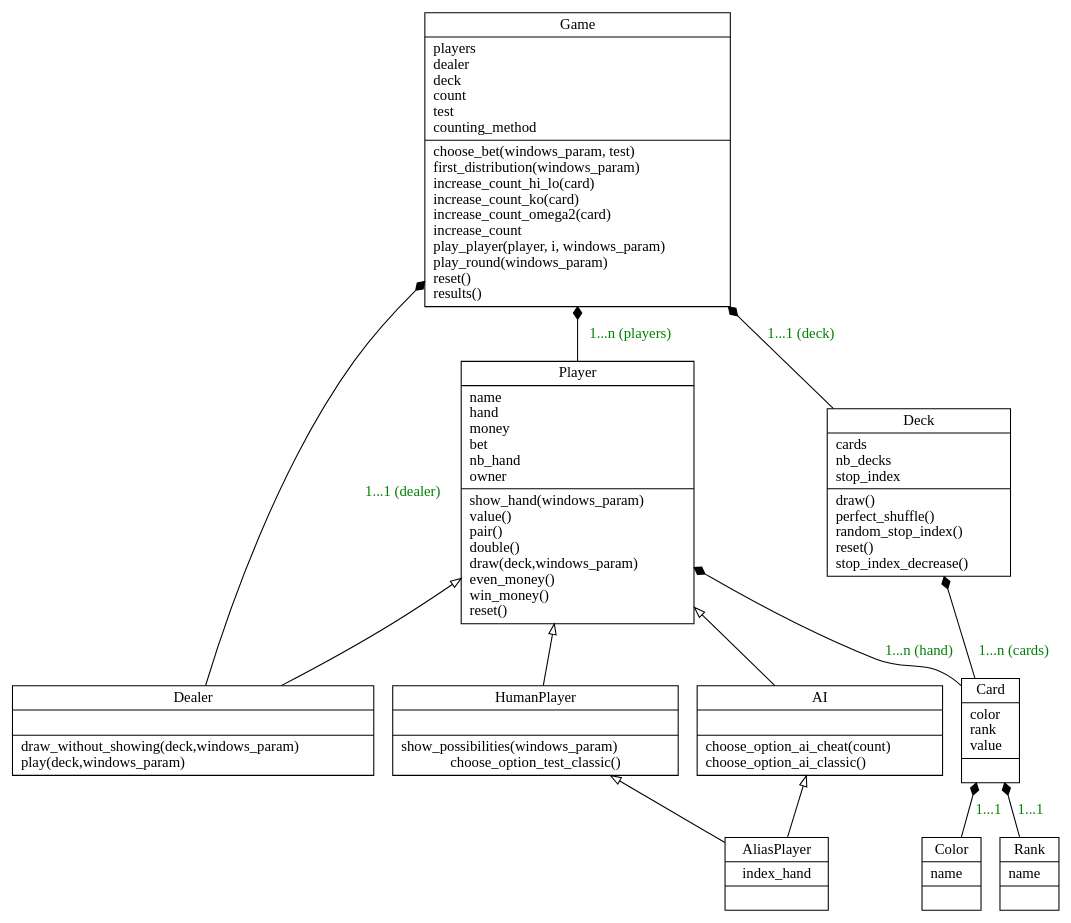
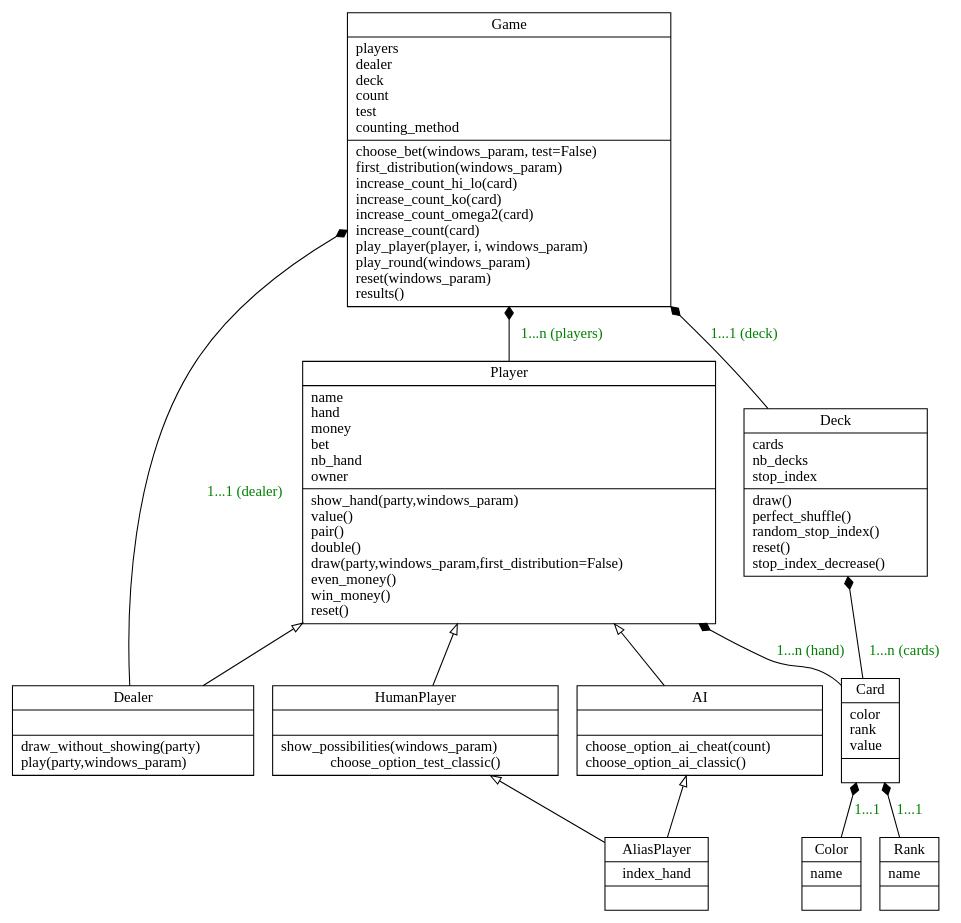
One commit to arthurbr11/Blackjack changed the diagram in UML/class_diagrams_for_game.dot. Above: the diagram before and after it, drawn with Graphviz. The commit also changed 4 other files, not shown here.

Commit message:
diagram modification

```diff
--- a/UML/class_diagrams_for_game.dot
+++ b/UML/class_diagrams_for_game.dot
@@ -1,37 +1,37 @@
 digraph "classes" {
 charset="utf-8"
 rankdir=BT
-"0" [label="{Game|players\ldealer\ldeck\lcount\ltest\lcounting_method\l|choose_bet(windows_param, test)\lfirst_distribution(windows_param)\lincrease_count_hi_lo(card)\lincrease_count_ko(card)\lincrease_count_omega2(card)\lincrease_count\lplay_player(player, i, windows_param)\lplay_round(windows_param)\lreset()\lresults()\l}", shape="record"];
+"0" [label="{Game|players\ldealer\ldeck\lcount\ltest\lcounting_method\l|choose_bet(windows_param, test=False)\lfirst_distribution(windows_param)\lincrease_count_hi_lo(card)\lincrease_count_ko(card)\lincrease_count_omega2(card)\lincrease_count(card)\lplay_player(player, i, windows_param)\lplay_round(windows_param)\lreset(windows_param)\lresults()\l}", shape="record"];
 
 "1" [label="{Deck|cards\lnb_decks\lstop_index\l|draw()\lperfect_shuffle()\lrandom_stop_index()\lreset()\lstop_index_decrease()\l}", shape="record"];
 "2" [label="{Card|color\lrank\lvalue\l|}", shape="record"];
 "3" [label="{Color|name\l|}", shape="record"];
 "4" [label="{Rank|name\l|}", shape="record"];
 
-"5" [label="{Player|name\lhand\lmoney\lbet\lnb_hand\lowner\l|show_hand(windows_param)\lvalue()\lpair()\ldouble()\ldraw(deck,windows_param)\leven_money()\lwin_money()\lreset()\l}", shape="record"];
-"6" [label="{Dealer|\l|draw_without_showing(deck,windows_param)\lplay(deck,windows_param)\l}", shape="record"];
+"5" [label="{Player|name\lhand\lmoney\lbet\lnb_hand\lowner\l|show_hand(party,windows_param)\lvalue()\lpair()\ldouble()\ldraw(party,windows_param,first_distribution=False)\leven_money()\lwin_money()\lreset()\l}", shape="record"];
+"6" [label="{Dealer|\l|draw_without_showing(party)\lplay(party,windows_param)\l}", shape="record"];
 "7" [label="{HumanPlayer|\l|show_possibilities(windows_param)\lchoose_option_test_classic()}", shape="record"];
 "8" [label="{AI|\l|choose_option_ai_cheat(count)\lchoose_option_ai_classic()\l}", shape="record"];
 "9" [label="{AliasPlayer|index_hand|}", shape="record"];
 
 
 
 
 "8" -> "5" [arrowhead="empty", arrowtail="none"];
 "6" -> "5" [arrowhead="empty", arrowtail="none"];
 "7" -> "5" [arrowhead="empty", arrowtail="none"];
 
 "9" -> "7" [arrowhead="empty", arrowtail="none"];
 "9" -> "8" [arrowhead="empty", arrowtail="none"];
 
 "6" -> "0" [arrowhead="diamond", arrowtail="none", fontcolor="green", label="1...1 (dealer)", style="solid"];
 "5" -> "0" [arrowhead="diamond", arrowtail="none", fontcolor="green", label="1...n (players)", style="solid"];
 "1" -> "0" [arrowhead="diamond", arrowtail="none", fontcolor="green", label="1...1 (deck)" , style="solid"];
 
 "2" -> "1" [arrowhead="diamond", arrowtail="none", fontcolor="green", label="1...n (cards)", style="solid"];
 
 "2" -> "5" [arrowhead="diamond", arrowtail="none", fontcolor="green", label="1...n (hand)", style="solid"];
 
 "3" -> "2" [arrowhead="diamond", arrowtail="none", fontcolor="green", label="1...1", style="solid"];
 "4" -> "2" [arrowhead="diamond", arrowtail="none", fontcolor="green", label="1...1", style="solid"];
 }
```
